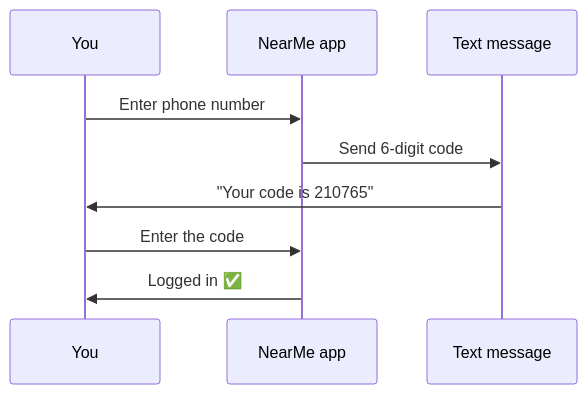
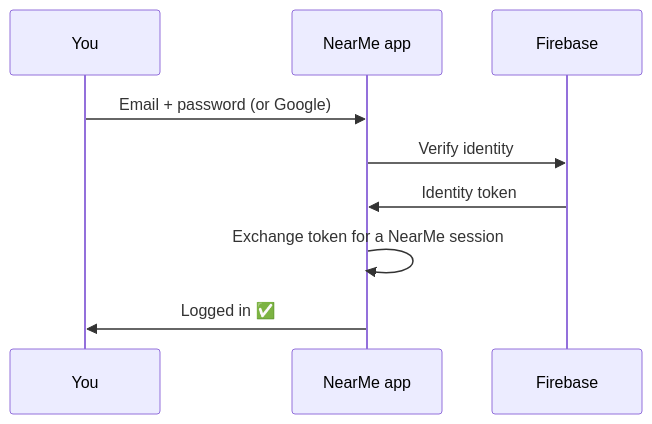
Before and after one commit to Prakash9019/Project: the first of 8 diagrams in docs/non-technical/FEATURE_GUIDE.md, drawn with Mermaid. The commit also changed other lines of this file and 59 other files, not shown here.

````diff
--- a/docs/non-technical/FEATURE_GUIDE.md
+++ b/docs/non-technical/FEATURE_GUIDE.md
@@ -13,11 +13,11 @@
 ```mermaid
 sequenceDiagram
     participant U as You
     participant App as NearMe app
-    participant SMS as Text message
-    U->>App: Enter phone number
-    App->>SMS: Send 6-digit code
-    SMS->>U: "Your code is 210765"
-    U->>App: Enter the code
+    participant FB as Firebase
+    U->>App: Email + password (or Google)
+    App->>FB: Verify identity
+    FB->>App: Identity token
+    App->>App: Exchange token for a NearMe session
     App->>U: Logged in ✅
 ```
````
